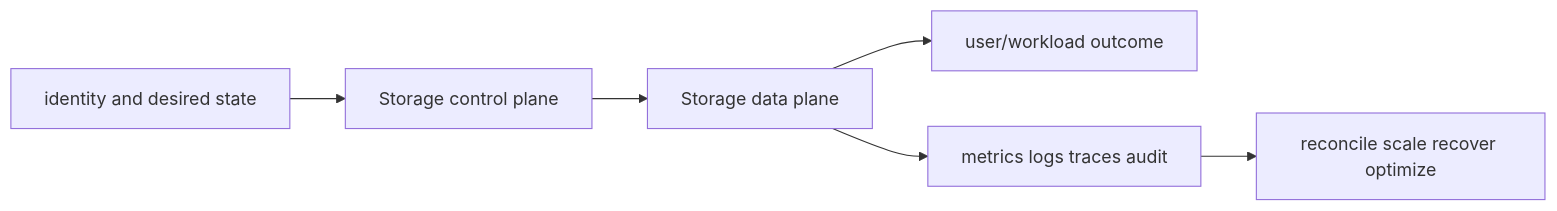
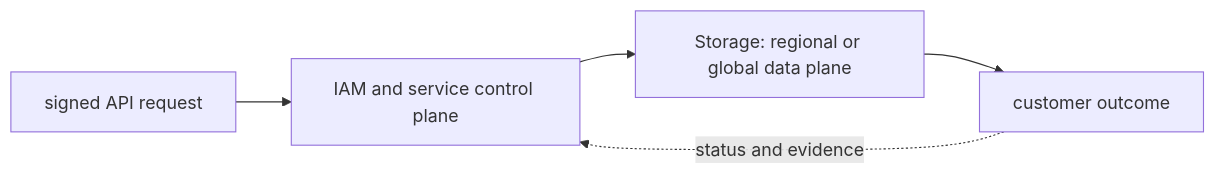
One commit to tomkidumbuyo/DevOps-interview-preparation changed the second of 2 diagrams in 07-aws/05-storage/README.md. Above: the diagram before and after it, drawn with Mermaid. The commit also changed other lines of this file and 753 other files, not shown here.

````diff
--- a/07-aws/05-storage/README.md
+++ b/07-aws/05-storage/README.md
@@ -40,8 +51,7 @@
 ```mermaid
 flowchart LR
-  I[identity and desired state] --> C[Storage control plane]
-  C --> D[Storage data plane]
-  D --> U[user/workload outcome]
-  D --> O[metrics logs traces audit]
-  O --> R[reconcile scale recover optimize]
+  A["signed API request"] --> B["IAM and service control plane"]
+  B --> C["Storage: regional or global data plane"]
+  C --> D["customer outcome"]
+  D -. "status and evidence" .-> B
 ```
````
